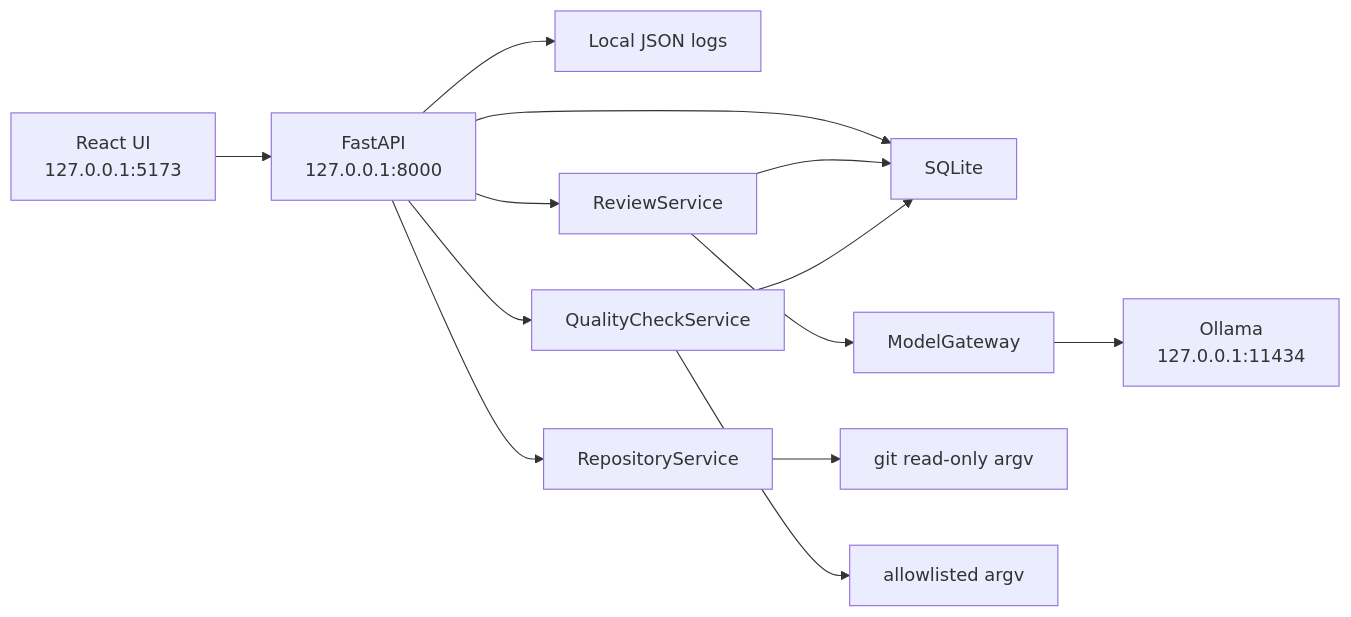
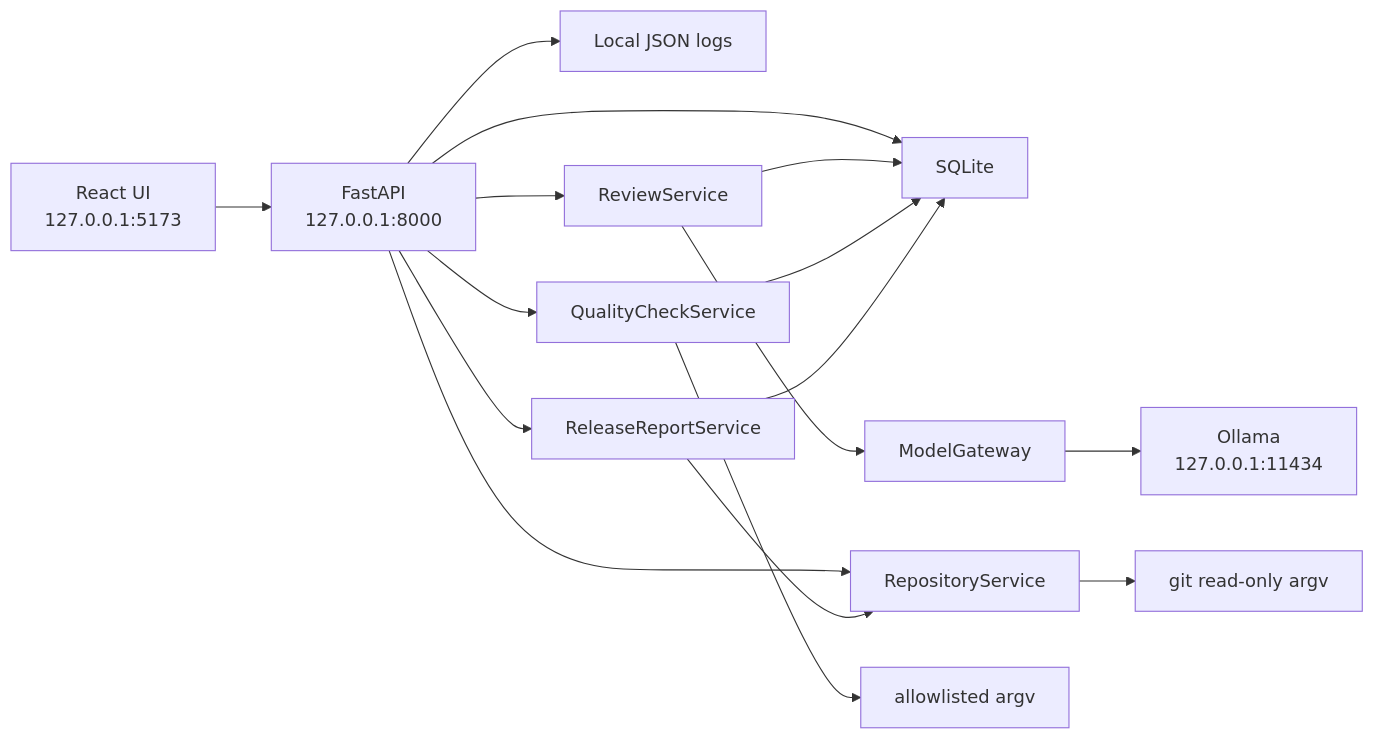
The diagram in docs/architecture.md (dpatidar-rave/DevPilot), drawn with Mermaid before and after one commit. The commit also changed other lines of this file and 23 other files, not shown here.

````diff
--- a/docs/architecture.md
+++ b/docs/architecture.md
@@ -5,15 +5,18 @@
 ```mermaid
 flowchart LR
   UI["React UI\n127.0.0.1:5173"] --> API["FastAPI\n127.0.0.1:8000"]
   API --> DB["SQLite"]
   API --> LOG["Local JSON logs"]
   API --> REVIEW["ReviewService"]
   REVIEW --> MODEL["ModelGateway"]
   MODEL --> OLLAMA["Ollama\n127.0.0.1:11434"]
   REVIEW --> DB
   API --> REPO["RepositoryService"]
   REPO --> GIT["git read-only argv"]
   API --> QUALITY["QualityCheckService"]
   QUALITY --> CHECK["allowlisted argv"]
   QUALITY --> DB
+  API --> RELEASE["ReleaseReportService"]
+  RELEASE --> DB
+  RELEASE --> REPO
 ```
````
